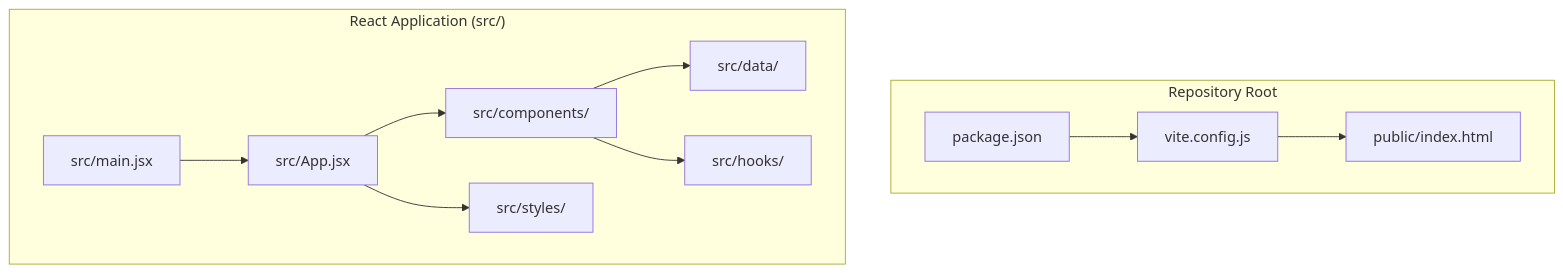
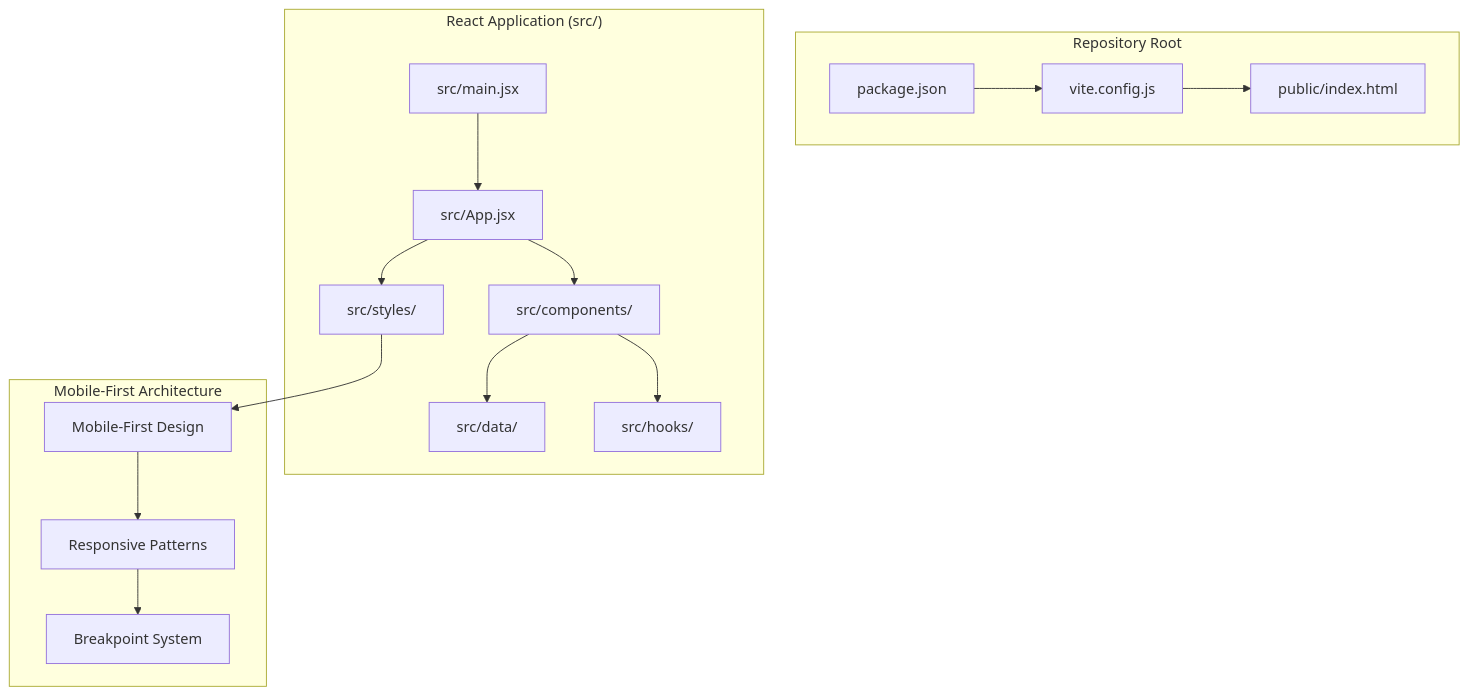
One commit to rakeshmaity271/frankie-picasso changed the first of 14 diagrams in .qoder/repowiki/en/content/Application Architecture.md. Above: the diagram before and after it, drawn with Mermaid. The commit also changed other lines of this file and 27 other files, not shown here.

````diff
--- a/.qoder/repowiki/en/content/Application Architecture.md
+++ b/.qoder/repowiki/en/content/Application Architecture.md
@@ -51,23 +59,31 @@
 ```mermaid
 graph TB
 subgraph "Repository Root"
 PJSON["package.json"]
 VCFG["vite.config.js"]
 PUBLIC["public/index.html"]
 end
 subgraph "React Application (src/)"
 MAIN["src/main.jsx"]
 APP["src/App.jsx"]
 COMPONENTS["src/components/"]
 STYLES["src/styles/"]
 DATA["src/data/"]
 HOOKS["src/hooks/"]
 end
+subgraph "Mobile-First Architecture"
+MOBILE["Mobile-First Design"]
+RESPONSIVE["Responsive Patterns"]
+BREAKPOINTS["Breakpoint System"]
+end
 PJSON --> VCFG
 VCFG --> PUBLIC
 MAIN --> APP
 APP --> COMPONENTS
 APP --> STYLES
 COMPONENTS --> DATA
 COMPONENTS --> HOOKS
+STYLES --> MOBILE
+MOBILE --> RESPONSIVE
+RESPONSIVE --> BREAKPOINTS
 ```
````
